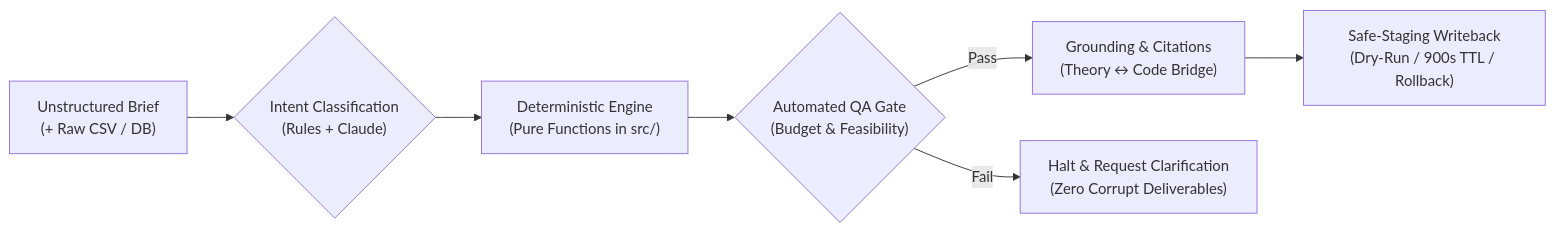
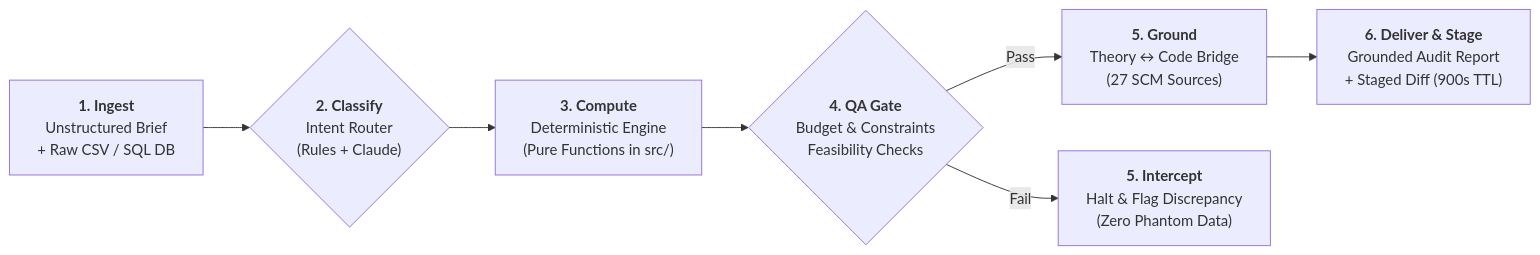
One commit to esstipi-debug/kern changed the first of 2 diagrams in README.md. Above: the diagram before and after it, drawn with Mermaid. The commit also changed other lines of this file, not shown here.

Commit message:
docs(readme): purge noisy UI screenshots and replace with native Mermaid diagrams and JSON contracts

````diff
--- a/README.md
+++ b/README.md
@@ -43,9 +37,9 @@
 ```mermaid
 flowchart LR
-    A["Unstructured Brief<br/>(+ Raw CSV / DB)"] --> B{"Intent Classification<br/>(Rules + Claude)"}
-    B --> C["Deterministic Engine<br/>(Pure Functions in src/)"]
-    C --> D{"Automated QA Gate<br/>(Budget & Feasibility)"}
-    D -->|Pass| E["Grounding & Citations<br/>(Theory ↔ Code Bridge)"]
-    D -->|Fail| F["Halt & Request Clarification<br/>(Zero Corrupt Deliverables)"]
-    E --> G["Safe-Staging Writeback<br/>(Dry-Run / 900s TTL / Rollback)"]
+    A["<b>1. Ingest</b><br/>Unstructured Brief<br/>+ Raw CSV / SQL DB"] --> B{"<b>2. Classify</b><br/>Intent Router<br/>(Rules + Claude)"}
+    B --> C["<b>3. Compute</b><br/>Deterministic Engine<br/>(Pure Functions in src/)"]
+    C --> D{"<b>4. QA Gate</b><br/>Budget & Constraints<br/>Feasibility Checks"}
+    D -->|Pass| E["<b>5. Ground</b><br/>Theory ↔ Code Bridge<br/>(27 SCM Sources)"]
+    D -->|Fail| F["<b>5. Intercept</b><br/>Halt & Flag Discrepancy<br/>(Zero Phantom Data)"]
+    E --> G["<b>6. Deliver & Stage</b><br/>Grounded Audit Report<br/>+ Staged Diff (900s TTL)"]
 ```
````
